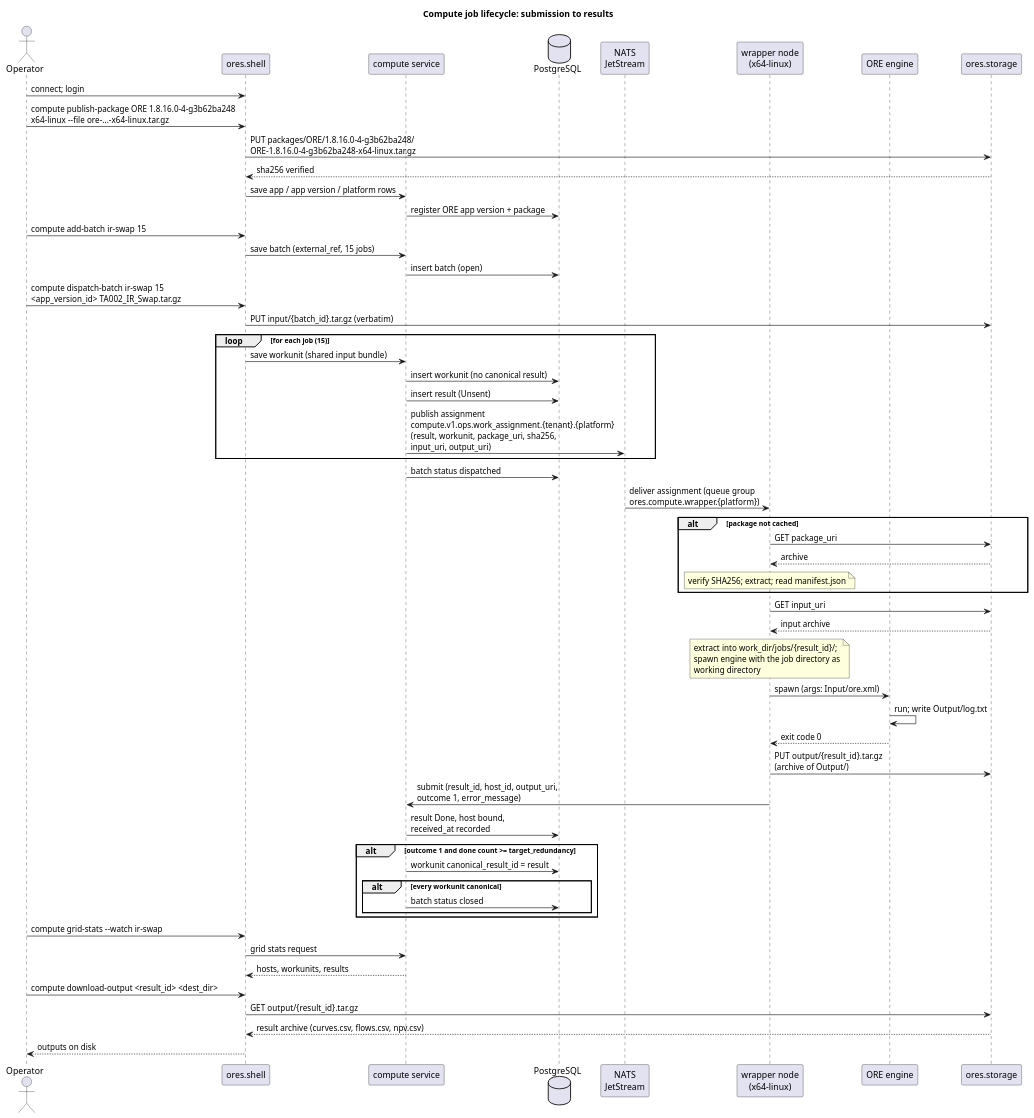
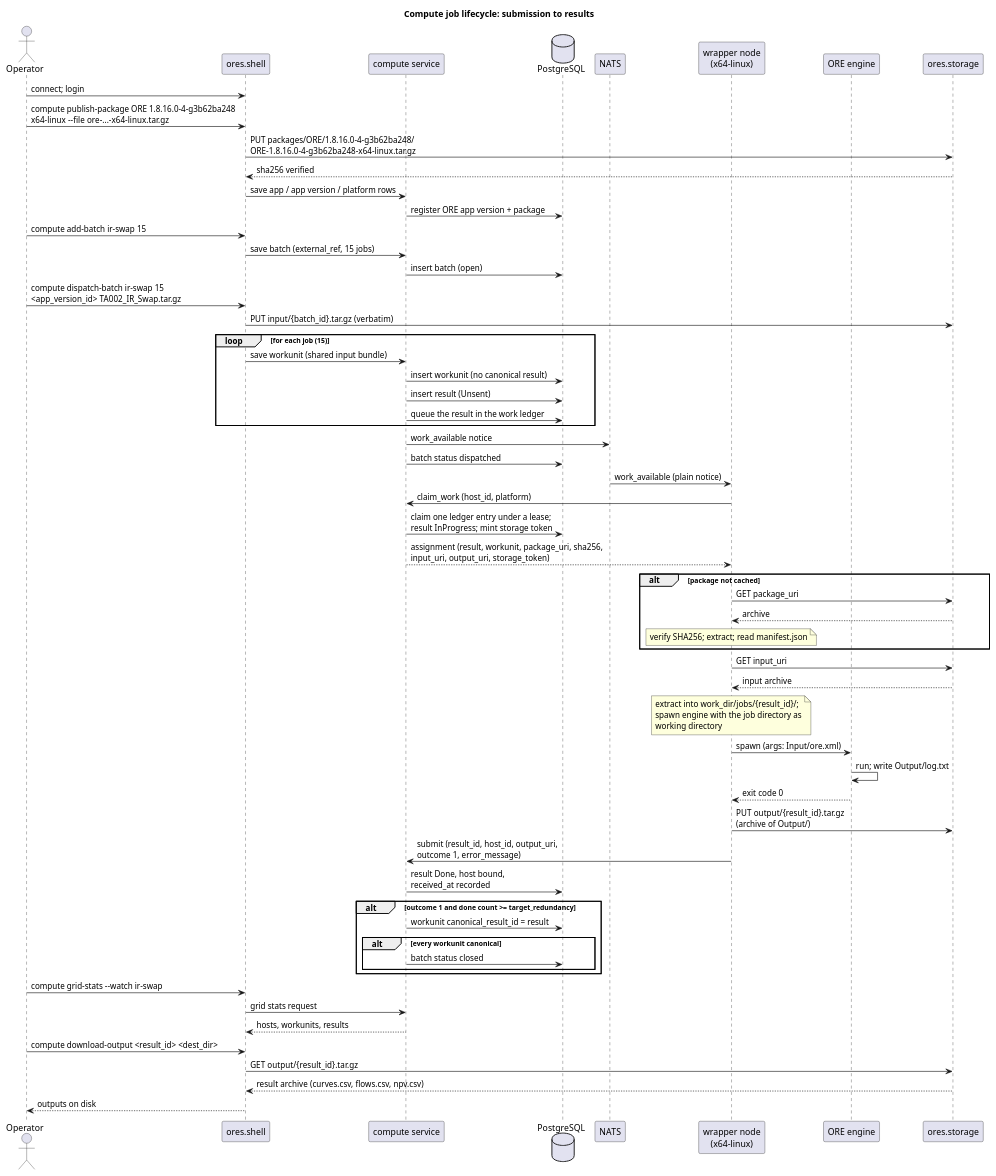
One commit to OreStudio/OreStudio changed the diagram in doc/knowledge/architecture/compute_job_lifecycle_sequence.puml. Above: the diagram before and after it, drawn with PlantUML. The commit also changed 16 other files, not shown here.

First line of the commit message:
[compute] Retire the assignments stream and the push consumer

```diff
--- a/doc/knowledge/architecture/compute_job_lifecycle_sequence.puml
+++ b/doc/knowledge/architecture/compute_job_lifecycle_sequence.puml
@@ -18,65 +18,69 @@
 @startuml
 
 title Compute job lifecycle: submission to results
 
 actor Operator
 participant "ores.shell" as shell
 participant "compute service" as svc
 database PostgreSQL as db
-participant "NATS\nJetStream" as js
+participant "NATS" as nats
 participant "wrapper node\n(x64-linux)" as node
 participant "ORE engine" as engine
 participant "ores.storage" as store
 
 Operator -> shell : connect; login
 Operator -> shell : compute publish-package ORE 1.8.16.0-4-g3b62ba248\nx64-linux --file ore-...-x64-linux.tar.gz
 shell -> store : PUT packages/ORE/1.8.16.0-4-g3b62ba248/\nORE-1.8.16.0-4-g3b62ba248-x64-linux.tar.gz
 store --> shell : sha256 verified
 shell -> svc : save app / app version / platform rows
 svc -> db : register ORE app version + package
 
 Operator -> shell : compute add-batch ir-swap 15
 shell -> svc : save batch (external_ref, 15 jobs)
 svc -> db : insert batch (open)
 
 Operator -> shell : compute dispatch-batch ir-swap 15\n<app_version_id> TA002_IR_Swap.tar.gz
 shell -> store : PUT input/{batch_id}.tar.gz (verbatim)
 loop for each job (15)
     shell -> svc : save workunit (shared input bundle)
     svc -> db : insert workunit (no canonical result)
     svc -> db : insert result (Unsent)
-    svc -> js : publish assignment\ncompute.v1.ops.work_assignment.{tenant}.{platform}\n(result, workunit, package_uri, sha256,\ninput_uri, output_uri)
+    svc -> db : queue the result in the work ledger
 end
+svc -> nats : work_available notice
 svc -> db : batch status dispatched
 
-js -> node : deliver assignment (queue group\nores.compute.wrapper.{platform})
+nats -> node : work_available (plain notice)
+node -> svc : claim_work (host_id, platform)
+svc -> db : claim one ledger entry under a lease;\nresult InProgress; mint storage token
+svc --> node : assignment (result, workunit, package_uri, sha256,\ninput_uri, output_uri, storage_token)
 alt package not cached
     node -> store : GET package_uri
     store --> node : archive
     note over node : verify SHA256; extract; read manifest.json
 end
 node -> store : GET input_uri
 store --> node : input archive
 note over node : extract into work_dir/jobs/{result_id}/;\nspawn engine with the job directory as\nworking directory
 node -> engine : spawn (args: Input/ore.xml)
 engine -> engine : run; write Output/log.txt
 engine --> node : exit code 0
 node -> store : PUT output/{result_id}.tar.gz\n(archive of Output/)
 node -> svc : submit (result_id, host_id, output_uri,\noutcome 1, error_message)
 svc -> db : result Done, host bound,\nreceived_at recorded
 alt outcome 1 and done count >= target_redundancy
     svc -> db : workunit canonical_result_id = result
     alt every workunit canonical
         svc -> db : batch status closed
     end
 end
 
 Operator -> shell : compute grid-stats --watch ir-swap
 shell -> svc : grid stats request
 svc --> shell : hosts, workunits, results
 Operator -> shell : compute download-output <result_id> <dest_dir>
 shell -> store : GET output/{result_id}.tar.gz
 store --> shell : result archive (curves.csv, flows.csv, npv.csv)
 shell --> Operator : outputs on disk
 
 @enduml
```
